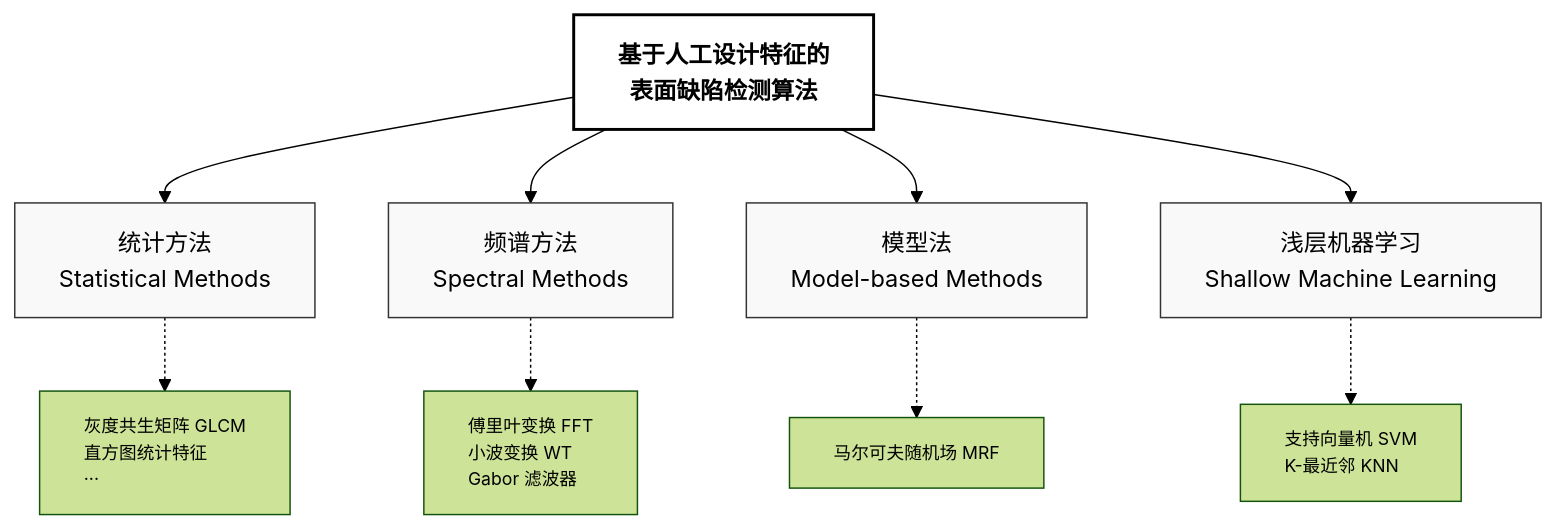
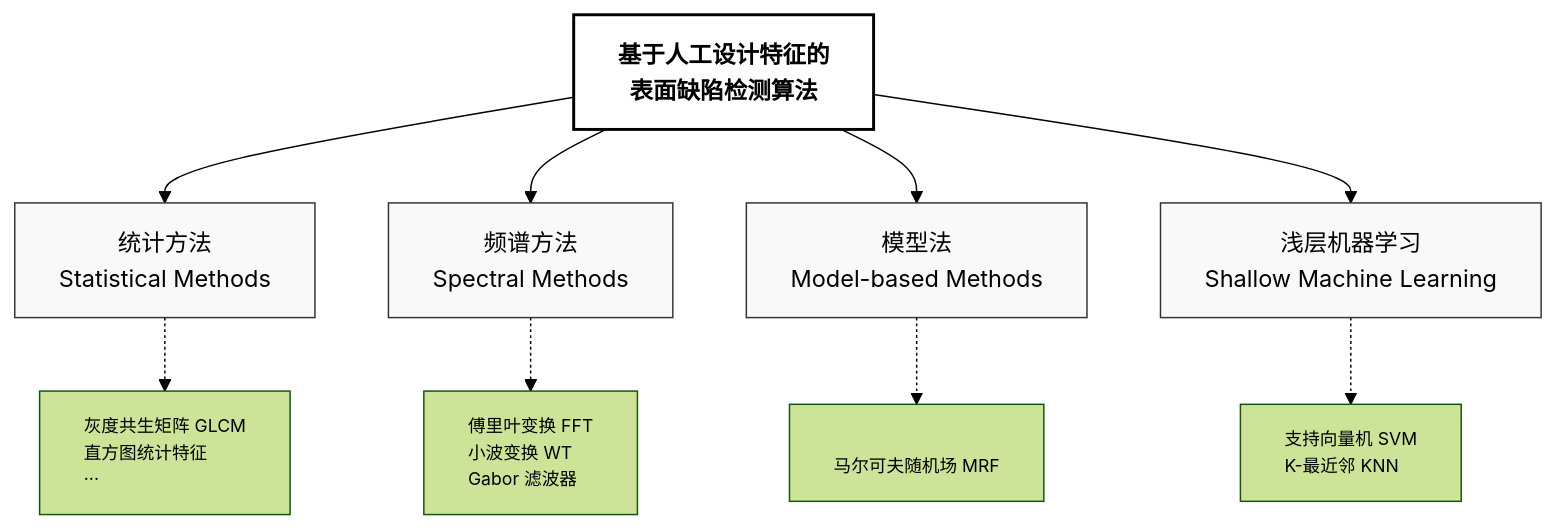
Before and after one commit to MAOSHENGsong/iodraw-files: the diagram in all/未命名-1.md, drawn with Mermaid (forest theme).

Commit message:
2026-03-17 18:28:16 update

````diff
--- a/all/未命名-1.md
+++ b/all/未命名-1.md
@@ -1,43 +1,43 @@
 ```mermaid
 graph TB
     %% 核心标题
     Main[
     基于人工设计特征的
     表面缺陷检测算法] 
     
     %% 第一层级：四大分支
     Statistical[统计方法<br/>Statistical Methods]
     Spectral[频谱方法<br/>Spectral Methods]
     Model[模型法<br/>Model-based Methods]
     Machine[浅层机器学习<br/>Shallow Machine Learning]
 
     %% 第二层级：典型算法
     Sub_Stat[灰度共生矩阵 GLCM<br/>直方图统计特征<br/>···]
     Sub_Spec[傅里叶变换 FFT<br/>小波变换 WT<br/>Gabor 滤波器]
-    Sub_Mod[马尔可夫随机场 MRF<br/>]
+    Sub_Mod[<br/>马尔可夫随机场 MRF<br/>]
     Sub_Mach[支持向量机 SVM<br/>K-最近邻 KNN]
 
     %% 建立连接
     Main --> Statistical
     Main --> Spectral
     Main --> Model
     Main --> Machine
 
     Statistical -.-> Sub_Stat
     Spectral -.-> Sub_Spec
     Model -.-> Sub_Mod
     Machine -.-> Sub_Mach
 
     %% 样式美化：论文通常使用白底黑字或淡色调
     style Main fill:#ffffff,stroke:#000,stroke-width:2px,font-weight:bold
     style Statistical fill:#f9f9f9,stroke:#333,stroke-width:1px
     style Spectral fill:#f9f9f9,stroke:#333,stroke-width:1px
     style Model fill:#f9f9f9,stroke:#333,stroke-width:1px
     style Machine fill:#f9f9f9,stroke:#333,stroke-width:1px
     
     %% 细化子项样式
     style Sub_Stat font-size:12px,text-align:left
     style Sub_Spec font-size:12px,text-align:left
     style Sub_Mod font-size:12px,text-align:left
     style Sub_Mach font-size:12px,text-align:left
 ```
````
